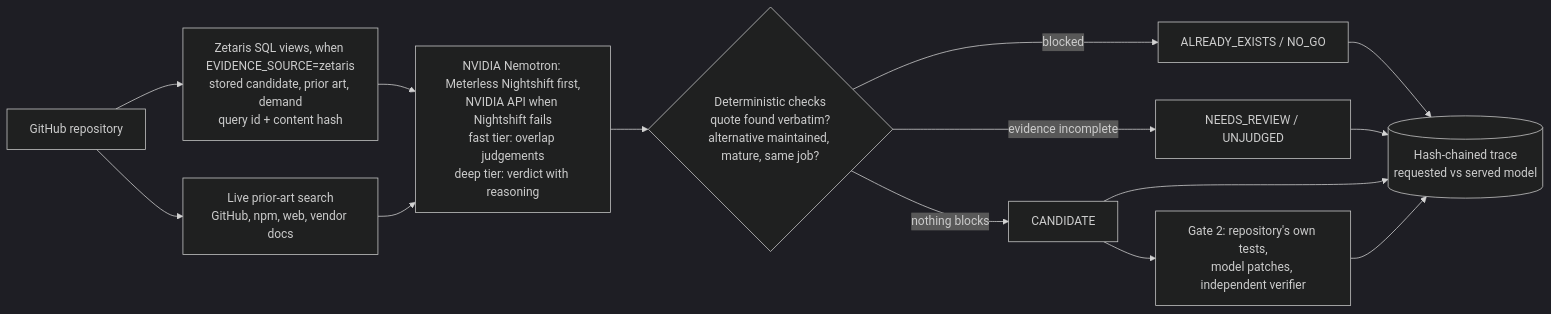
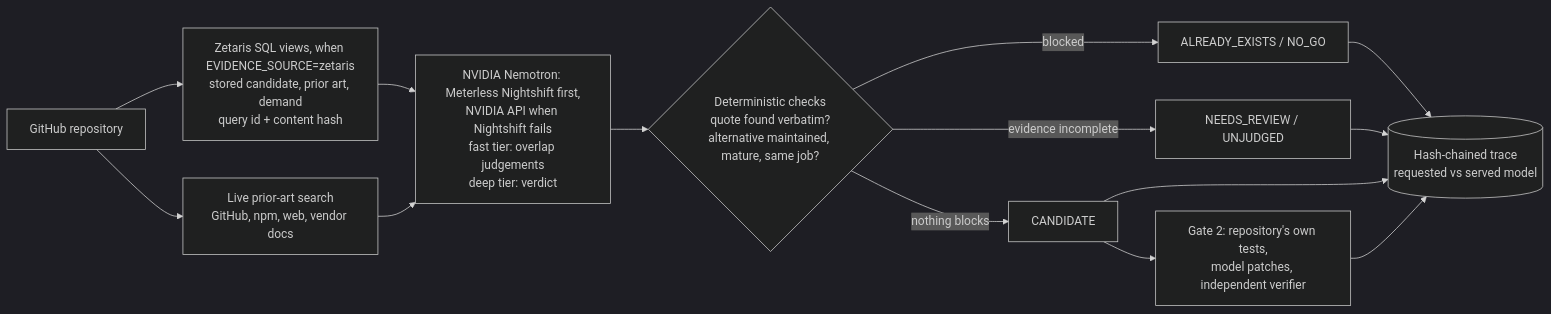
The diagram in README.md (Fu93/phoenixrepo), drawn with Mermaid (dark theme) before and after one commit. The commit also changed other lines of this file and 21 other files, not shown here.

````diff
--- a/README.md
+++ b/README.md
@@ -19,13 +28,13 @@
 ```mermaid
 flowchart LR
   A[GitHub repository] --> B[Zetaris SQL views, when EVIDENCE_SOURCE=zetaris<br/>stored candidate, prior art, demand<br/>query id + content hash]
   A --> C[Live prior-art search<br/>GitHub, npm, web, vendor docs]
-  B --> D[NVIDIA Nemotron: Meterless Nightshift first,<br/>NVIDIA API when Nightshift fails<br/>fast tier: overlap judgements<br/>deep tier: verdict with reasoning]
+  B --> D[NVIDIA Nemotron: Meterless Nightshift first,<br/>NVIDIA API when Nightshift fails<br/>fast tier: overlap judgements<br/>deep tier: verdict]
   C --> D
   D --> E{Deterministic checks<br/>quote found verbatim?<br/>alternative maintained, mature, same job?}
   E -->|blocked| F[ALREADY_EXISTS / NO_GO]
   E -->|evidence incomplete| G[NEEDS_REVIEW / UNJUDGED]
   E -->|nothing blocks| H[CANDIDATE]
   H --> I[Gate 2: repository's own tests,<br/>model patches, independent verifier]
   F & G & H & I --> J[(Hash-chained trace<br/>requested vs served model)]
 ```
````
